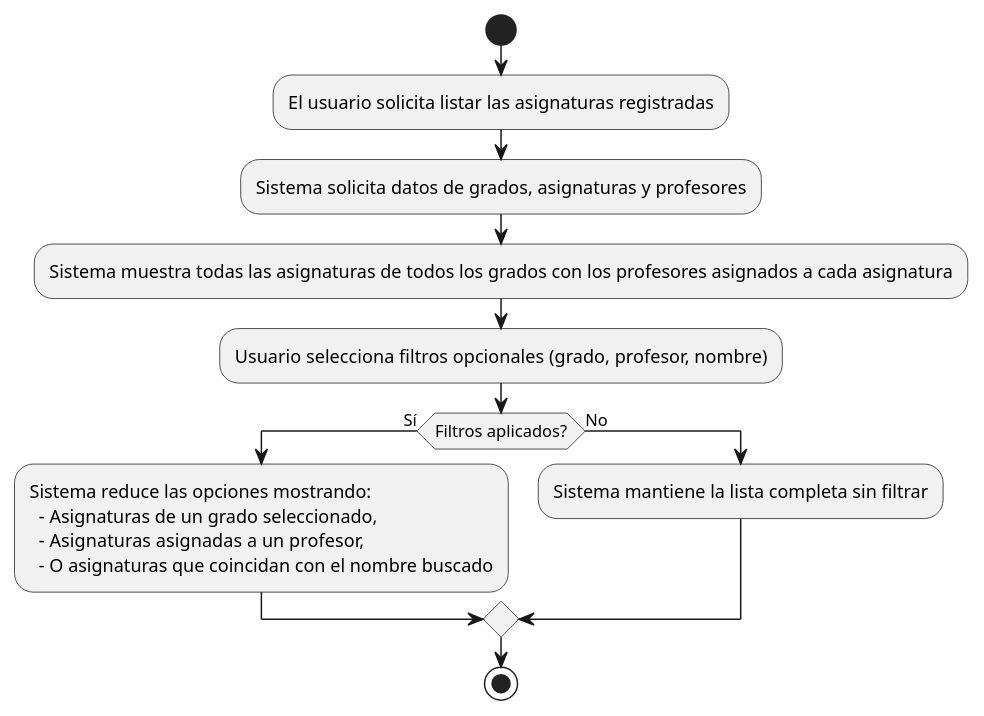
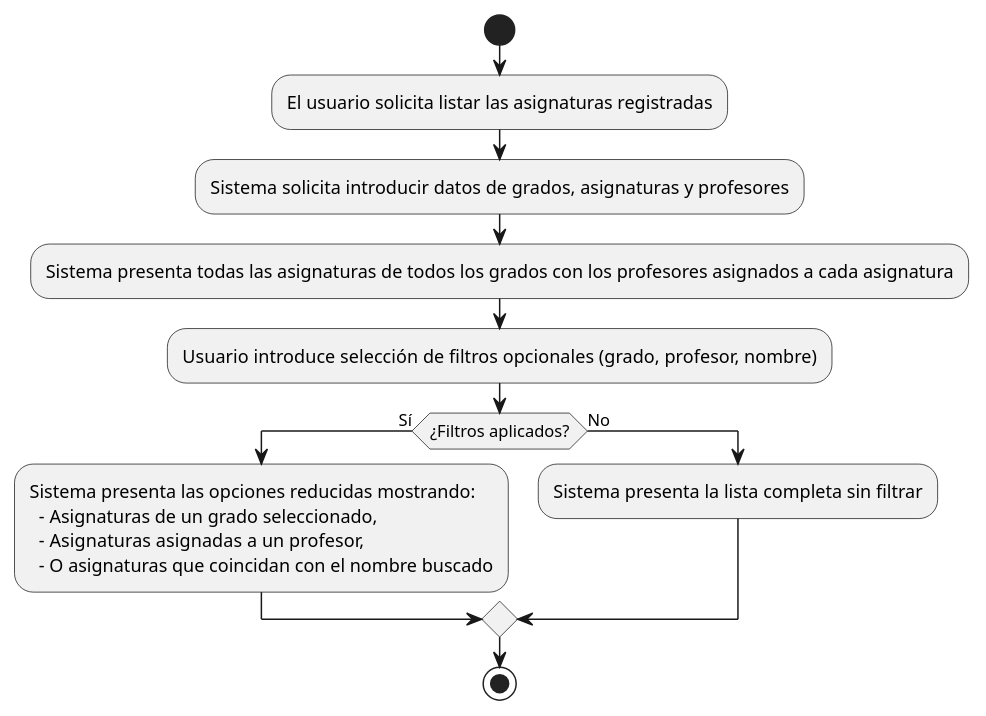
The diagram in casosDeUso/plantUML/MostrarAsignaturas.puml (mmasias/24-25-IdSw1-SDR), drawn with PlantUML before and after one commit.

```diff
--- a/casosDeUso/plantUML/MostrarAsignaturas.puml
+++ b/casosDeUso/plantUML/MostrarAsignaturas.puml
@@ -1,16 +1,16 @@
 @startuml
 start
 :El usuario solicita listar las asignaturas registradas;
-:Sistema solicita datos de grados, asignaturas y profesores;
-:Sistema muestra todas las asignaturas de todos los grados con los profesores asignados a cada asignatura;
-:Usuario selecciona filtros opcionales (grado, profesor, nombre);
-if (Filtros aplicados?) then (Sí)
-  :Sistema reduce las opciones mostrando:
+:Sistema solicita introducir datos de grados, asignaturas y profesores;
+:Sistema presenta todas las asignaturas de todos los grados con los profesores asignados a cada asignatura;
+:Usuario introduce selección de filtros opcionales (grado, profesor, nombre);
+if (¿Filtros aplicados?) then (Sí)
+  :Sistema presenta las opciones reducidas mostrando:
     - Asignaturas de un grado seleccionado,
     - Asignaturas asignadas a un profesor,
     - O asignaturas que coincidan con el nombre buscado;
 else (No)
-  :Sistema mantiene la lista completa sin filtrar;
+  :Sistema presenta la lista completa sin filtrar;
 endif
 stop
 @enduml
```
